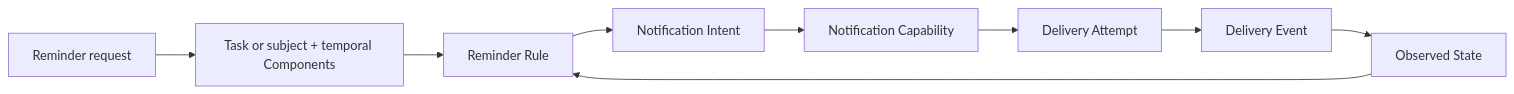
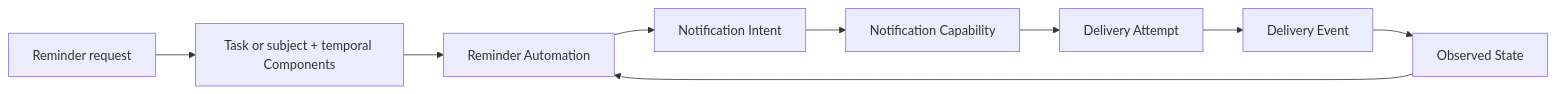
The seventh of 9 diagrams in docs/flows.md (itmarck/wingman), drawn with Mermaid before and after one commit. The commit also changed other lines of this file and 52 other files, not shown here.

````diff
--- a/docs/flows.md
+++ b/docs/flows.md
@@ -119,11 +119,11 @@
 ```mermaid
 flowchart LR
     Entry[Reminder request] --> Structure[Task or subject + temporal Components]
-    Structure --> Rule[Reminder Rule]
-    Rule --> Intent[Notification Intent]
+    Structure --> Automation[Reminder Automation]
+    Automation --> Intent[Notification Intent]
     Intent --> Capability[Notification Capability]
     Capability --> Attempt[Delivery Attempt]
     Attempt --> Event[Delivery Event]
     Event --> State[Observed State]
-    State --> Rule
+    State --> Automation
 ```
````
